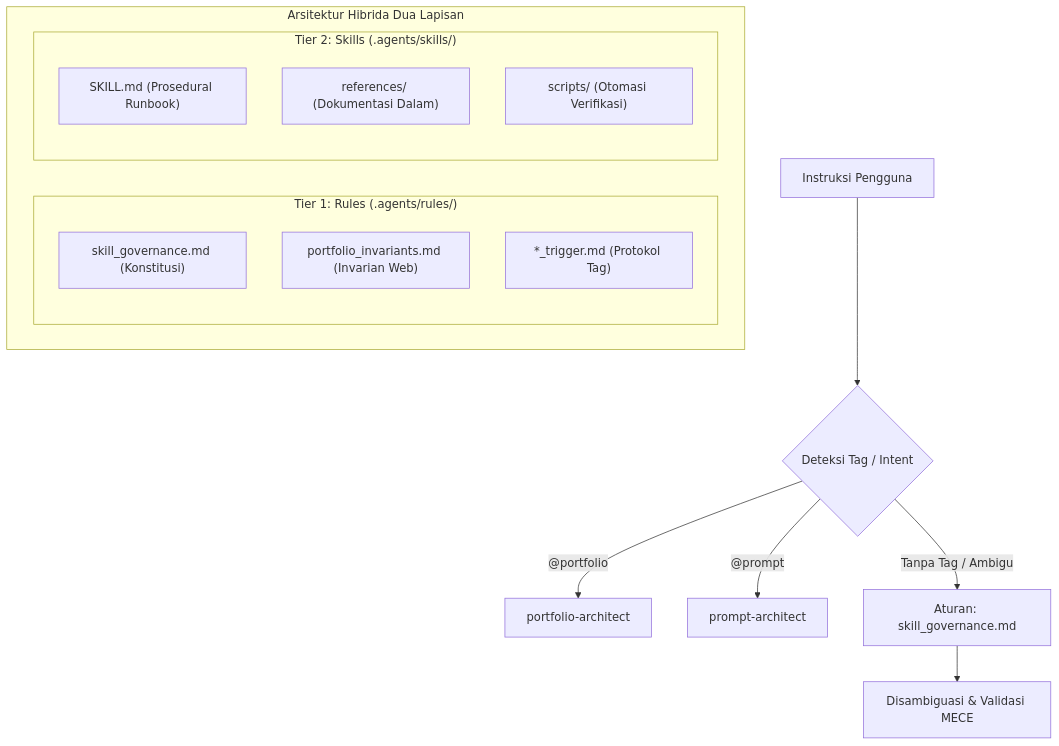
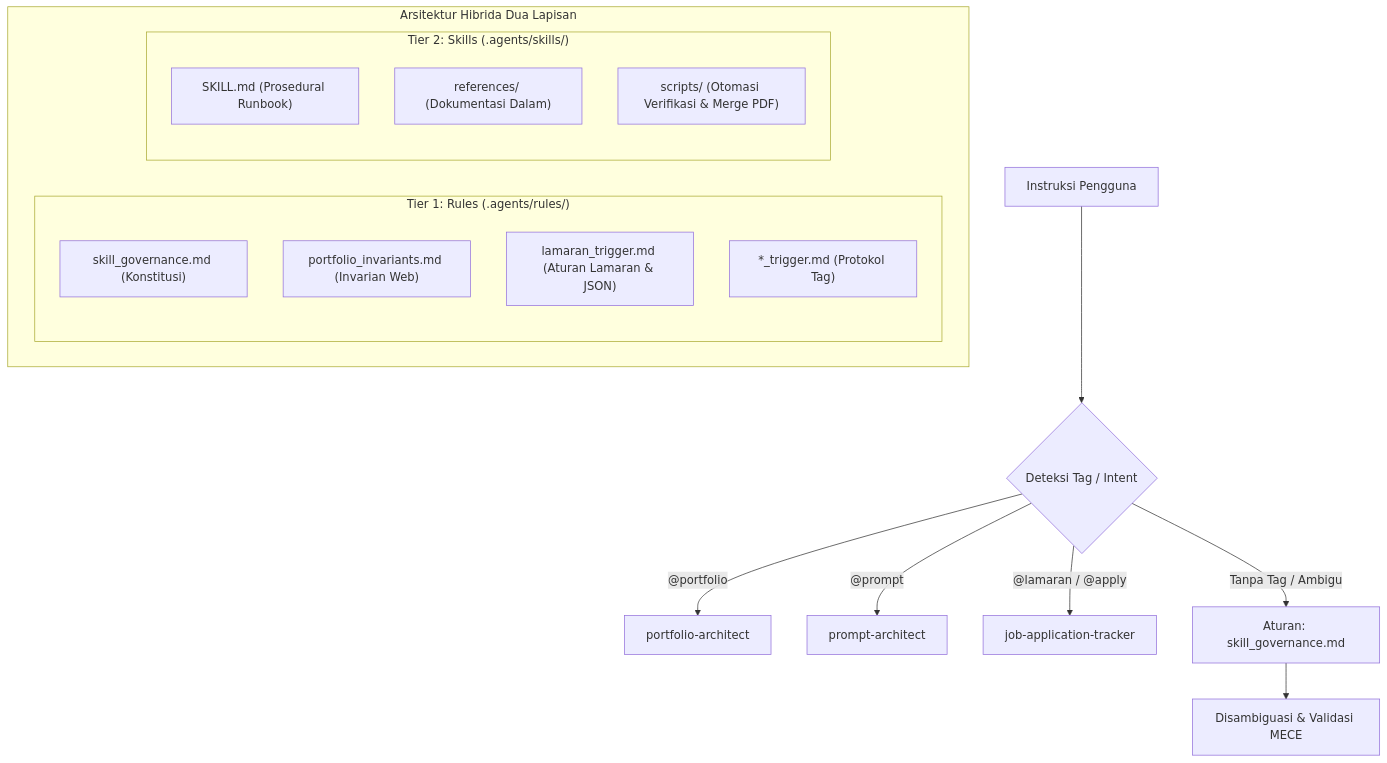
One commit to misbahudin98/misbahudin98.github.io changed the diagram in README.md. Above: the diagram before and after it, drawn with Mermaid. The commit also changed other lines of this file and 22 other files, not shown here.

Commit message:
feat: add job application tracker, plain-language portfolio/skill upgrades, setup docs, and gitignore privacy rules

````diff
--- a/README.md
+++ b/README.md
@@ -90,24 +130,26 @@
 ```mermaid
 flowchart TD
     UserReq["Instruksi Pengguna"] --> Classifier{"Deteksi Tag / Intent"}
     
     Classifier -->|"@portfolio"| PA["portfolio-architect"]
     Classifier -->|"@prompt"| PRA["prompt-architect"]
+    Classifier -->|"@lamaran / @apply"| JAT["job-application-tracker"]
     Classifier -->|"Tanpa Tag / Ambigu"| GovRule["Aturan: skill_governance.md"]
     
     GovRule --> Disambiguate["Disambiguasi & Validasi MECE"]
     
     subgraph "Arsitektur Hibrida Dua Lapisan"
         subgraph "Tier 1: Rules (.agents/rules/)"
             R1["skill_governance.md (Konstitusi)"]
             R2["portfolio_invariants.md (Invarian Web)"]
-            R3["*_trigger.md (Protokol Tag)"]
+            R3["lamaran_trigger.md (Aturan Lamaran & JSON)"]
+            R4["*_trigger.md (Protokol Tag)"]
         end
         
         subgraph "Tier 2: Skills (.agents/skills/)"
             S1["SKILL.md (Prosedural Runbook)"]
             S2["references/ (Dokumentasi Dalam)"]
-            S3["scripts/ (Otomasi Verifikasi)"]
+            S3["scripts/ (Otomasi Verifikasi & Merge PDF)"]
         end
     end
 ```
````
